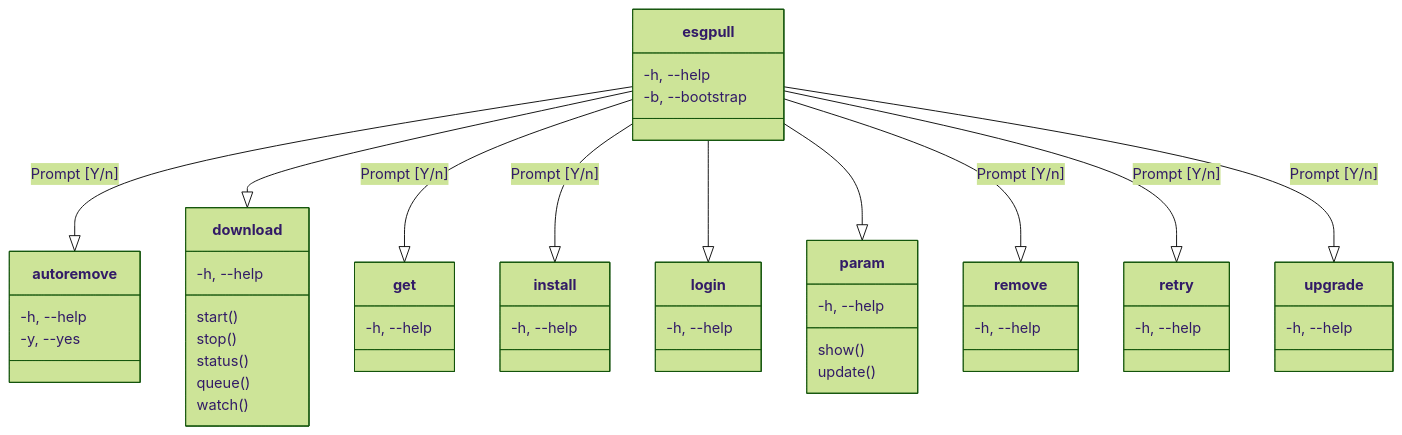
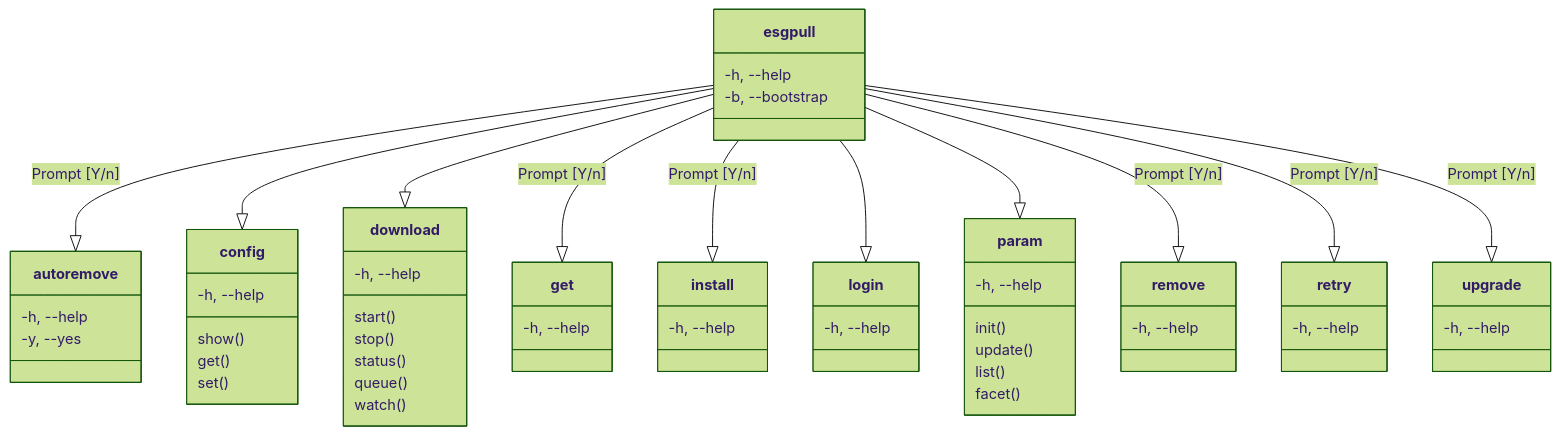
Before and after one commit to ESGF/esgf-download: the diagram in README.md, drawn with Mermaid (forest theme). The commit also changed other lines of this file and 38 other files, not shown here.

````diff
--- a/README.md
+++ b/README.md
@@ -50,60 +52,70 @@
 ```mermaid
 classDiagram
   class esgpull {
     -h, --help
     -b, --bootstrap
   }
 
   class autoremove {
     -h, --help
     -y, --yes
   }
   esgpull --|> autoremove: Prompt [Y/n]
+  
+  class config {
+    -h, --help
+    show()
+    get()
+    set()
+  }
+  esgpull --|> config
 
   class download {
     -h, --help
     start()
     stop()
     status()
     queue()
     watch()
   }
   esgpull --|> download
 
   class get {
     -h, --help
   }
   esgpull --|> get: Prompt [Y/n]
 
   class install {
     -h, --help
   }
   esgpull --|> install: Prompt [Y/n]
 
   class login {
     -h, --help
   }
   esgpull --|> login
 
   class param {
     -h, --help
-    show()
+    init()
     update()
+    list()
+    facet()
   }
   esgpull --|> param
 
   class remove {
     -h, --help
   }
   esgpull --|> remove: Prompt [Y/n]
 
   class retry {
     -h, --help
   }
   esgpull --|> retry: Prompt [Y/n]
 
   class upgrade {
     -h, --help
   }
   esgpull --|> upgrade: Prompt [Y/n]
 ```
````
